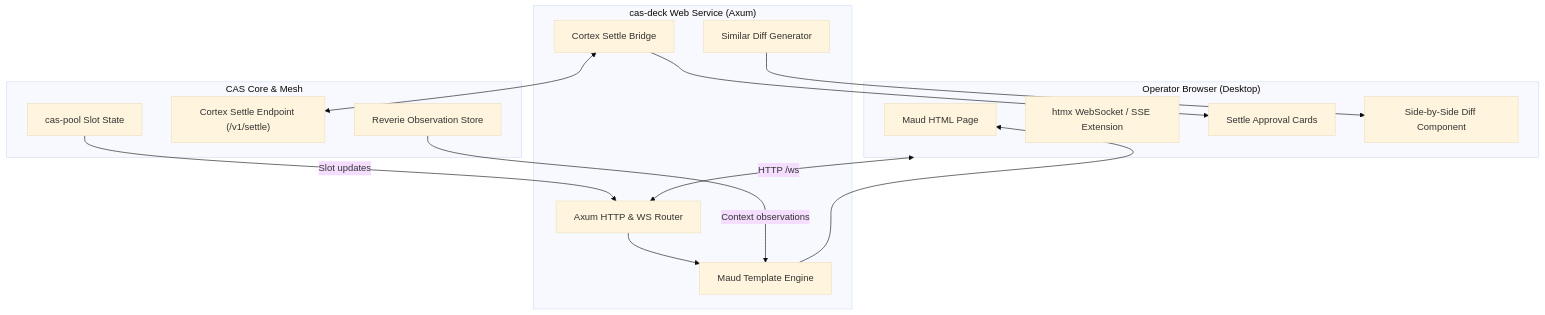
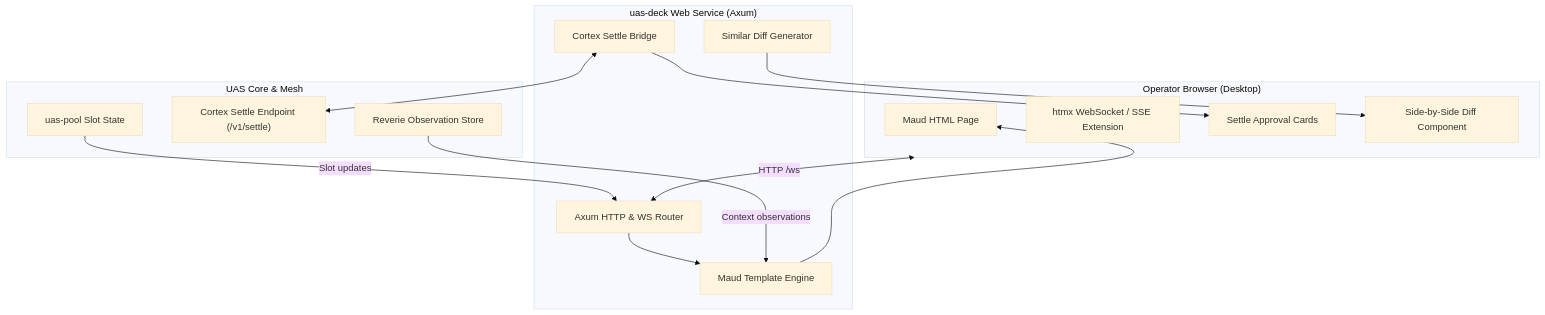
Before and after one commit to unsigned-gg/uas: the diagram in specs/0018-mad-stack-operator-deck-and-settle-queue.md, drawn with Mermaid (base theme). The commit also changed other lines of this file and 12 other files, not shown here.

First line of the commit message:
docs(specs): rename cas to uas in the prose of specs 0014 to 0026 (spec 0037 D4)

````diff
--- a/specs/0018-mad-stack-operator-deck-and-settle-queue.md
+++ b/specs/0018-mad-stack-operator-deck-and-settle-queue.md
@@ -121,31 +121,31 @@
 ```mermaid
 flowchart TD
     subgraph Browser["Operator Browser (Desktop)"]
         HTML["Maud HTML Page"]
         HtmxWS["htmx WebSocket / SSE Extension"]
         CardUI["Settle Approval Cards"]
         DiffUI["Side-by-Side Diff Component"]
     end
 
-    subgraph DeckServer["cas-deck Web Service (Axum)"]
+    subgraph DeckServer["uas-deck Web Service (Axum)"]
         Router["Axum HTTP & WS Router"]
         ViewRenderer["Maud Template Engine"]
         DiffEngine["Similar Diff Generator"]
         SettleBridge["Cortex Settle Bridge"]
     end
 
-    subgraph Substrate["CAS Core & Mesh"]
-        PoolState["cas-pool Slot State"]
+    subgraph Substrate["UAS Core & Mesh"]
+        PoolState["uas-pool Slot State"]
         CortexMesh["Cortex Settle Endpoint (/v1/settle)"]
         ReverieMem["Reverie Observation Store"]
     end
 
     Browser <-->|HTTP /ws| Router
     Router --> ViewRenderer
     ViewRenderer --> HTML
     DiffEngine --> DiffUI
     SettleBridge <--> CortexMesh
     SettleBridge --> CardUI
     PoolState -->|Slot updates| Router
     ReverieMem -->|Context observations| ViewRenderer
 ```
````
